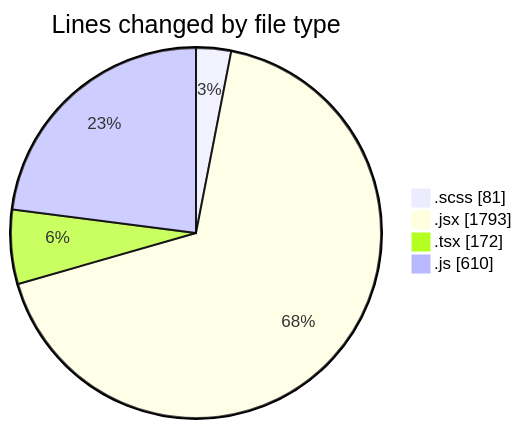
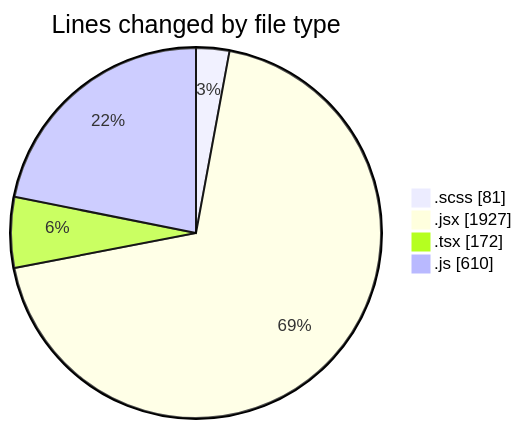
One commit to momahboobian/code-tracking changed the first of 2 diagrams in 2025-06-03/cda/README.md. Above: the diagram before and after it, drawn with Mermaid. The commit also changed other lines of this file and 1 other file, not shown here.

````diff
--- a/2025-06-03/cda/README.md
+++ b/2025-06-03/cda/README.md
@@ -25,8 +25,8 @@
 ```mermaid
 pie showData
 title Lines changed by file type
 ".scss" : 81
-".jsx" : 1793
+".jsx" : 1927
 ".tsx" : 172
 ".js" : 610
 ```
````
